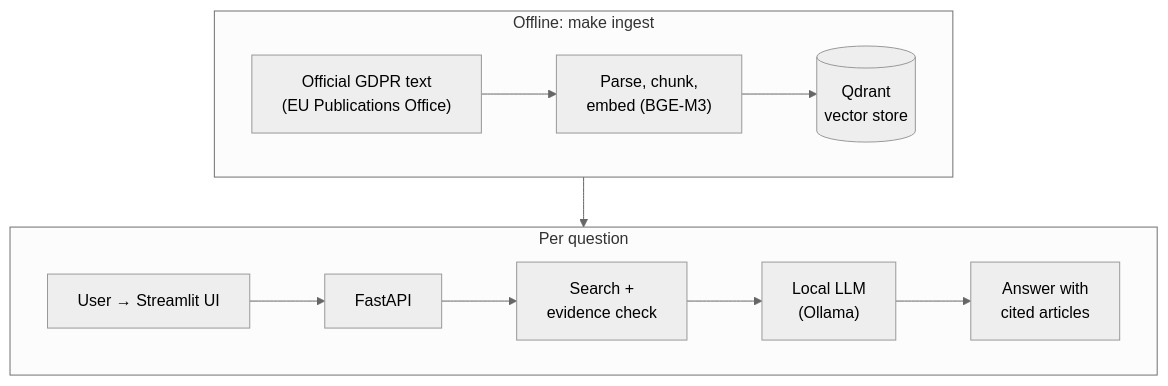
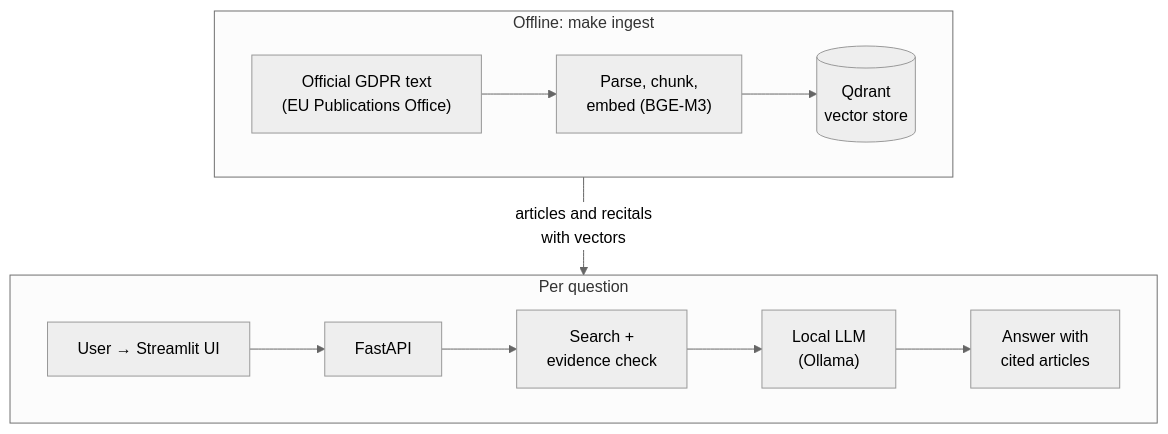
Before and after one commit to asmaelhadj/EuroLex-RAG: the first of 3 diagrams in README.md, drawn with Mermaid (neutral theme).

Commit message:
Fix the overview diagram layout on GitHub

````diff
--- a/README.md
+++ b/README.md
@@ -42,12 +42,12 @@
 ```mermaid
 flowchart TB
     subgraph OFF["Offline: make ingest"]
         direction LR
         DOC["Official GDPR text<br/>(EU Publications Office)"] --> ING["Parse, chunk,<br/>embed (BGE-M3)"] --> QD[("Qdrant<br/>vector store")]
     end
     subgraph ON["Per question"]
         direction LR
         UI["User → Streamlit UI"] --> API["FastAPI"] --> SE["Search +<br/>evidence check"] --> LLM["Local LLM<br/>(Ollama)"] --> RESP["Answer with<br/>cited articles"]
     end
-    QD --> SE
+    OFF -- "articles and recitals<br/>with vectors" --> ON
 ```
````
